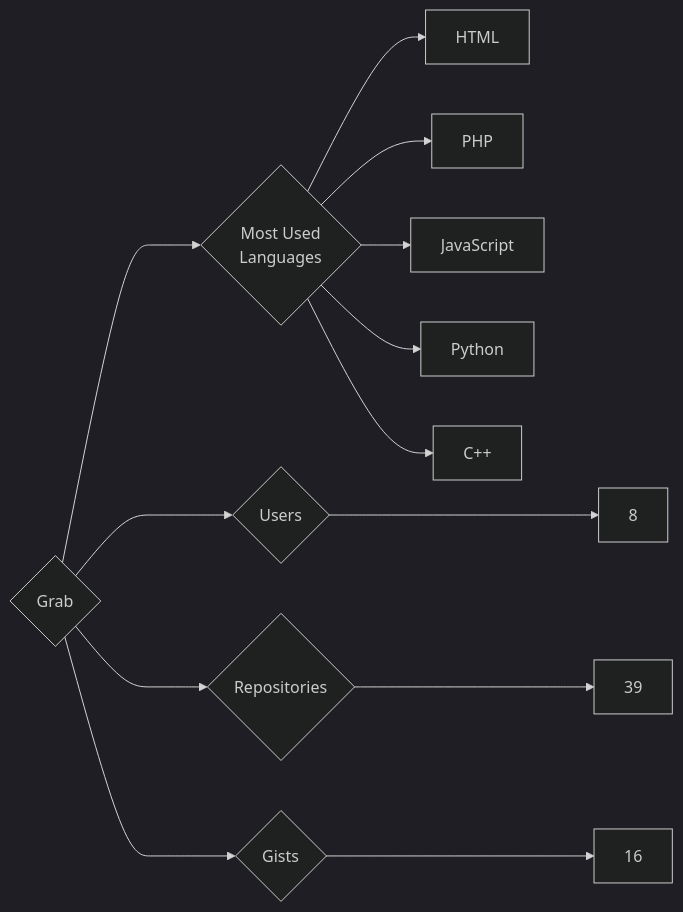
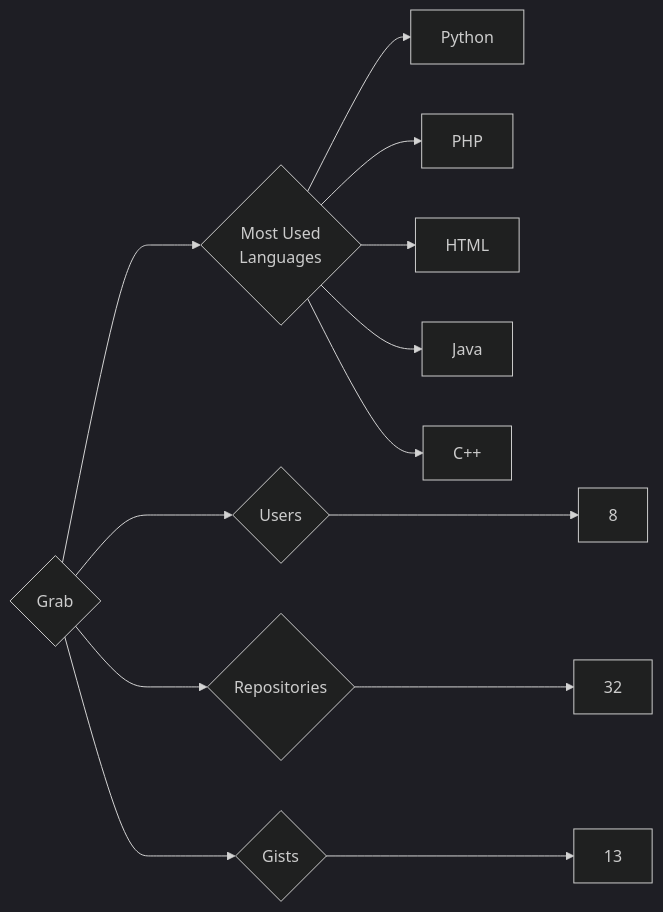
One commit to trickest/insiders changed the diagram in targets/Grab/README.md. Above: the diagram before and after it, drawn with Mermaid (dark theme). The commit also changed 1055 other files, not shown here.

````diff
--- a/targets/Grab/README.md
+++ b/targets/Grab/README.md
@@ -3,13 +3,13 @@
 ```mermaid
 graph LR
 COMPANY_NAME{Grab}
 COMPANY_NAME ---> U{Users} ---> UN[8]
-COMPANY_NAME ---> R{Repositories} ---> RN[39]
-COMPANY_NAME ---> G{Gists} ---> GN[16]
+COMPANY_NAME ---> R{Repositories} ---> RN[32]
+COMPANY_NAME ---> G{Gists} ---> GN[13]
 COMPANY_NAME ---> ML{Most Used<br>Languages}
+ML --> Python[Python]
+ML --> PHP[PHP]
 ML --> HTML[HTML]
-ML --> PHP[PHP]
-ML --> JavaScript[JavaScript]
-ML --> Python[Python]
+ML --> Java[Java]
 ML --> C++[C++]
 ```
````
